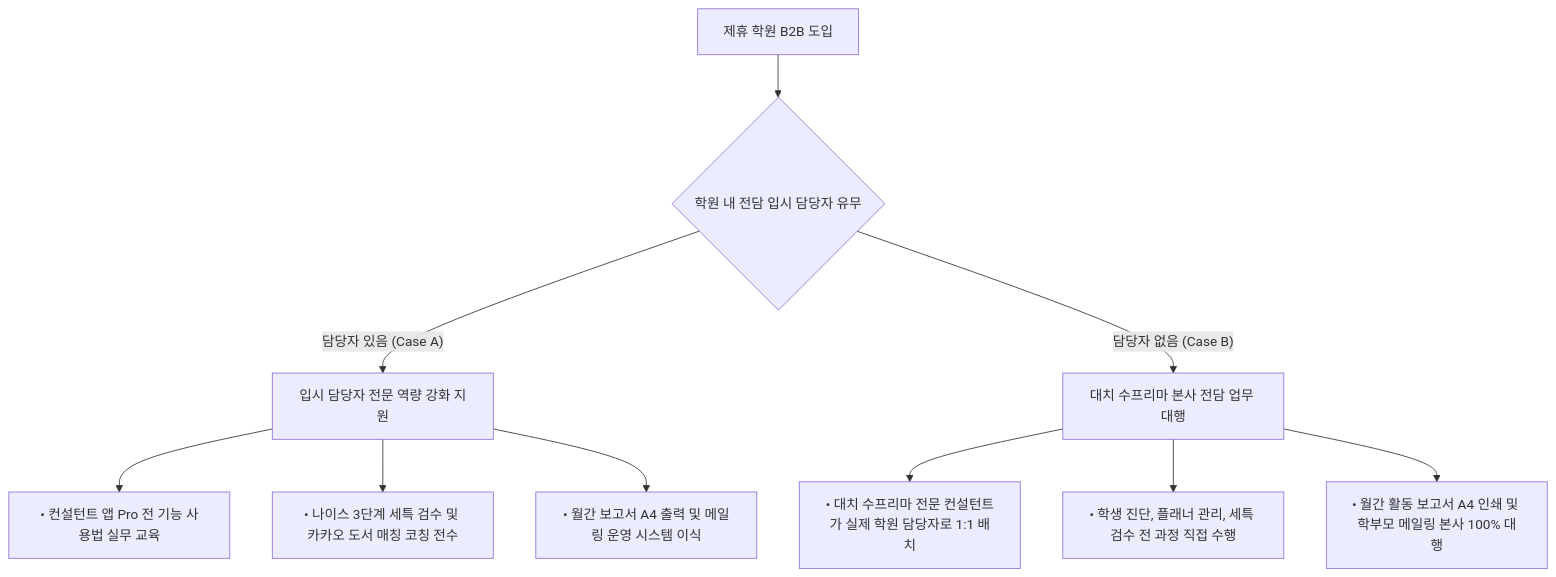
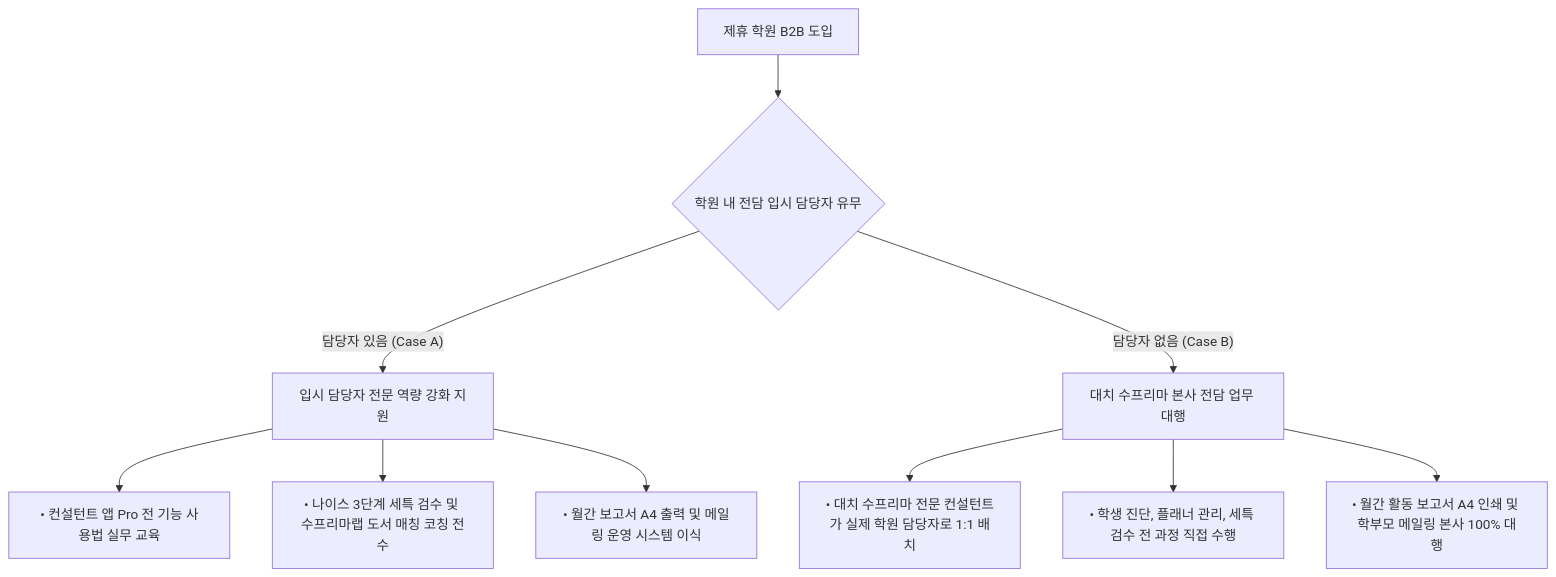
Before and after one commit to ipsicreator/consultant-app: the second of 2 diagrams in public/guides/대치수프리마_컨설턴트_업무매뉴얼_및_실무가이드.md, drawn with Mermaid. The commit also changed other lines of this file and 15 other files, not shown here.

Commit message:
refactor: 도서 DB 브랜드 표기 일원화 (카카오 ➔ 수프리마랩 도서 DB)

````diff
--- a/public/guides/대치수프리마_컨설턴트_업무매뉴얼_및_실무가이드.md
+++ b/public/guides/대치수프리마_컨설턴트_업무매뉴얼_및_실무가이드.md
@@ -166,14 +166,14 @@
 ```mermaid
 flowchart TD
     Start["제휴 학원 B2B 도입"] --> Type{"학원 내 전담 입시 담당자 유무"}
 
     Type -- "담당자 있음 (Case A)" --> CaseA["입시 담당자 전문 역량 강화 지원"]
     CaseA --> A1["• 컨설턴트 앱 Pro 전 기능 사용법 실무 교육"]
-    CaseA --> A2["• 나이스 3단계 세특 검수 및 카카오 도서 매칭 코칭 전수"]
+    CaseA --> A2["• 나이스 3단계 세특 검수 및 수프리마랩 도서 매칭 코칭 전수"]
     CaseA --> A3["• 월간 보고서 A4 출력 및 메일링 운영 시스템 이식"]
 
     Type -- "담당자 없음 (Case B)" --> CaseB["대치 수프리마 본사 전담 업무 대행"]
     CaseB --> B1["• 대치 수프리마 전문 컨설턴트가 실제 학원 담당자로 1:1 배치"]
     CaseB --> B2["• 학생 진단, 플래너 관리, 세특 검수 전 과정 직접 수행"]
     CaseB --> B3["• 월간 활동 보고서 A4 인쇄 및 학부모 메일링 본사 100% 대행"]
 ```
````
